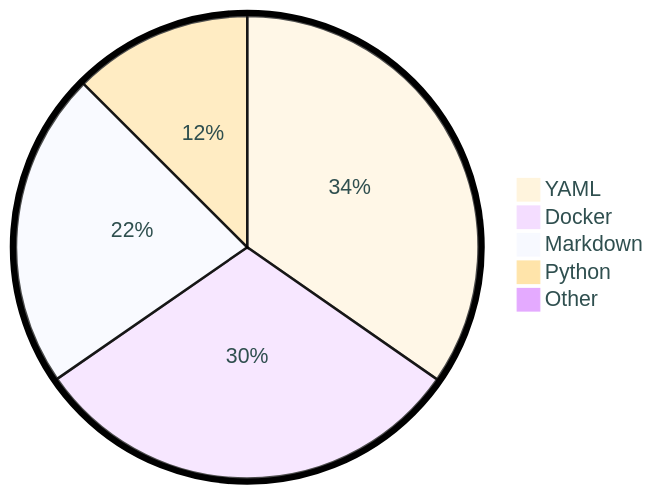
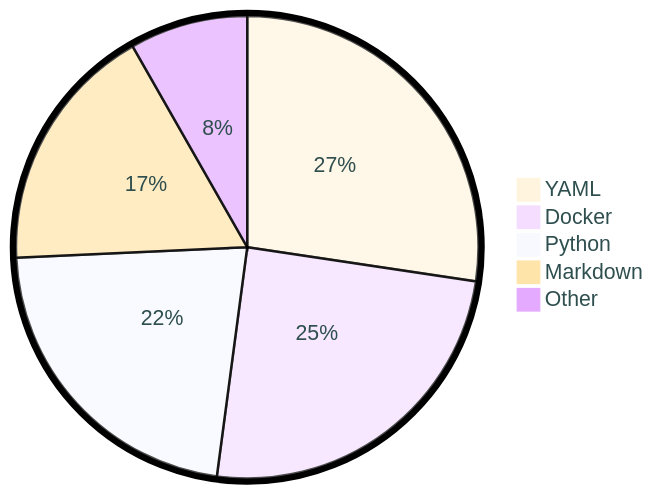
One commit to tot0p/tot0p changed the diagram in README.md. Above: the diagram before and after it, drawn with Mermaid. The commit also changed other lines of this file, not shown here.

````diff
--- a/README.md
+++ b/README.md
@@ -71,9 +74,9 @@
 ```mermaid
 %%{init: {"pie": {"textPosition": 0.5}, "themeVariables": {"pieOuterStrokeWidth": "5px","primaryTextColor" : "#2F4F4F"},"theme":"base"} }%%
 pie
-	"YAML": 34.34
-	"Docker": 30.38
-	"Markdown": 21.91
-	"Python": 12.39
-	"Other": 0.97
+	"YAML": 27.36
+	"Docker": 24.74
+	"Python": 22.18
+	"Markdown": 17.47
+	"Other": 8.25
 ```
````
